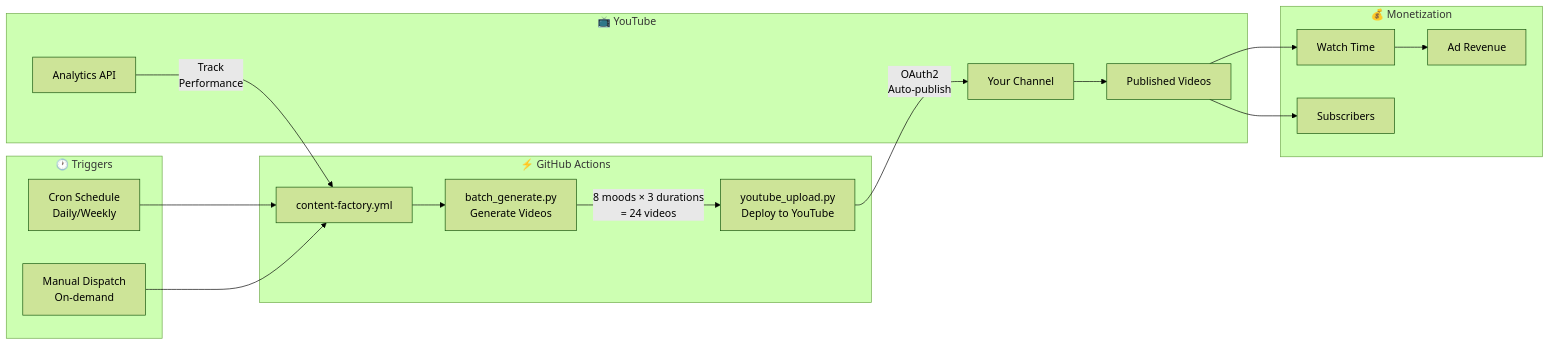
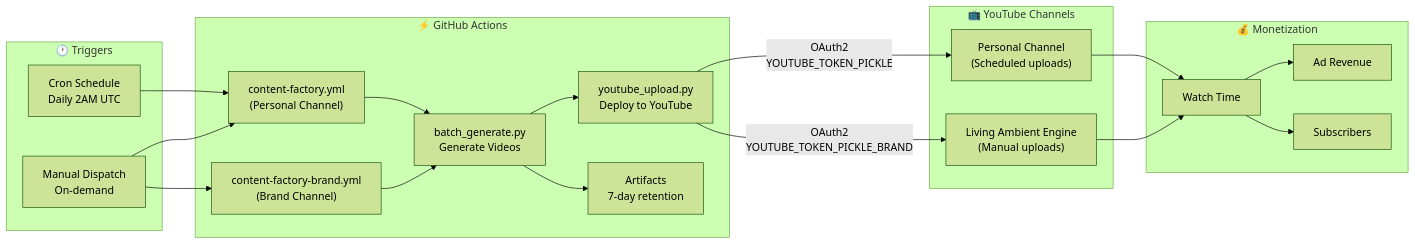
Before and after one commit to peterkrentel/living-ambient-engine: the second of 4 diagrams in docs/architecture.md, drawn with Mermaid (forest theme).

Commit message:
Update architecture docs for dual-channel YouTube setup

````diff
--- a/docs/architecture.md
+++ b/docs/architecture.md
@@ -55,36 +55,40 @@
 ```mermaid
 flowchart LR
     subgraph Trigger["🕐 Triggers"]
-        SCHEDULE["Cron Schedule\nDaily/Weekly"]
+        SCHEDULE["Cron Schedule\nDaily 2AM UTC"]
         MANUAL["Manual Dispatch\nOn-demand"]
     end
-    
+
     subgraph GitHub["⚡ GitHub Actions"]
-        WORKFLOW["content-factory.yml"]
+        WORKFLOW1["content-factory.yml\n(Personal Channel)"]
+        WORKFLOW2["content-factory-brand.yml\n(Brand Channel)"]
         BATCH["batch_generate.py\nGenerate Videos"]
         UPLOAD["youtube_upload.py\nDeploy to YouTube"]
+        ARTIFACT["Artifacts\n7-day retention"]
     end
-    
-    subgraph YouTube["📺 YouTube"]
-        CHANNEL["Your Channel"]
-        VIDEOS["Published Videos"]
-        ANALYTICS["Analytics API"]
+
+    subgraph YouTube["📺 YouTube Channels"]
+        PERSONAL["Personal Channel\n(Scheduled uploads)"]
+        BRAND["Living Ambient Engine\n(Manual uploads)"]
     end
-    
+
     subgraph Revenue["💰 Monetization"]
         ADS["Ad Revenue"]
         WATCH["Watch Time"]
         SUBS["Subscribers"]
     end
-    
-    SCHEDULE --> WORKFLOW
-    MANUAL --> WORKFLOW
-    WORKFLOW --> BATCH
-    BATCH --> |"8 moods × 3 durations\n= 24 videos"| UPLOAD
-    UPLOAD --> |"OAuth2\nAuto-publish"| CHANNEL
-    CHANNEL --> VIDEOS
-    VIDEOS --> WATCH
+
+    SCHEDULE --> WORKFLOW1
+    MANUAL --> WORKFLOW1
+    MANUAL --> WORKFLOW2
+    WORKFLOW1 --> BATCH
+    WORKFLOW2 --> BATCH
+    BATCH --> ARTIFACT
+    BATCH --> UPLOAD
+    UPLOAD --> |"OAuth2\nYOUTUBE_TOKEN_PICKLE"| PERSONAL
+    UPLOAD --> |"OAuth2\nYOUTUBE_TOKEN_PICKLE_BRAND"| BRAND
+    PERSONAL --> WATCH
+    BRAND --> WATCH
     WATCH --> ADS
-    VIDEOS --> SUBS
-    ANALYTICS --> |"Track\nPerformance"| WORKFLOW
+    WATCH --> SUBS
 ```
````
